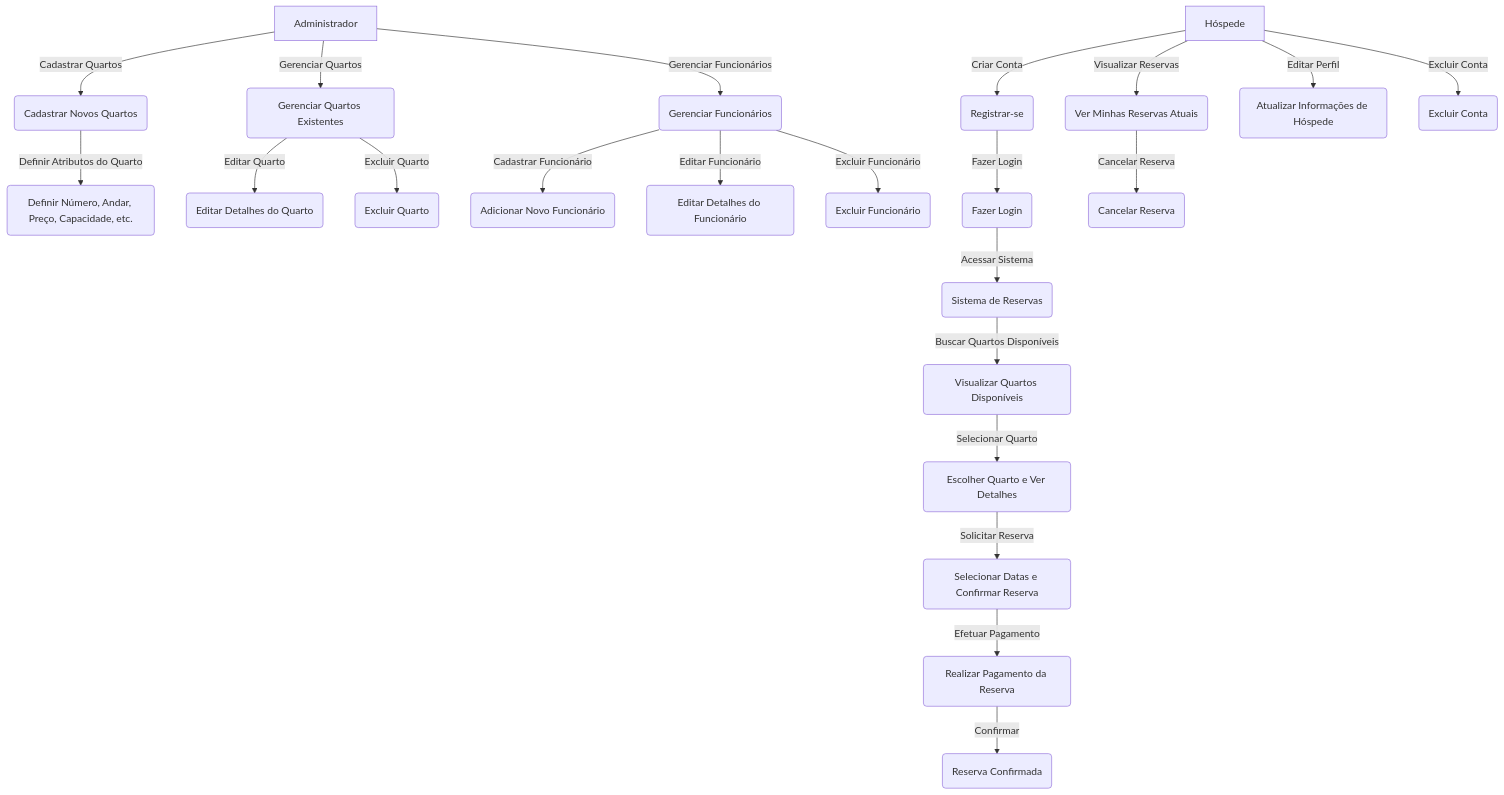
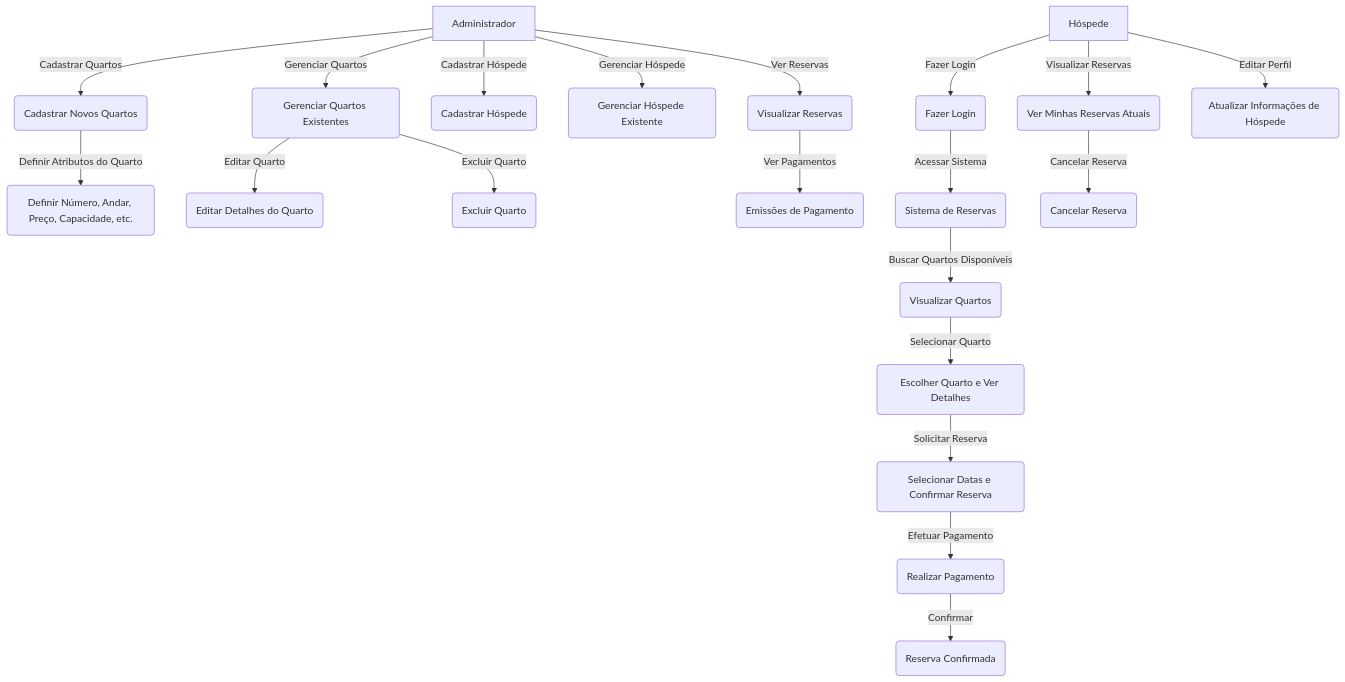
The second of 3 diagrams in README.md (epicestudar/Hostly-java-interface), drawn with Mermaid before and after one commit. The commit also changed other lines of this file, not shown here.

````diff
--- a/README.md
+++ b/README.md
@@ -150,32 +136,31 @@
 ```mermaid
 flowchart TD
-    H[Hóspede] -->|Criar Conta| A(Registrar-se)
-    A -->|Fazer Login| B(Fazer Login)
+    H[Hóspede] -->|Fazer Login| B(Fazer Login)
     B -->|Acessar Sistema| C(Sistema de Reservas)
-
-    C -->|Buscar Quartos Disponíveis| D(Visualizar Quartos Disponíveis)
+    
+    C -->|Buscar Quartos Disponíveis| D(Visualizar Quartos)
     D -->|Selecionar Quarto| E(Escolher Quarto e Ver Detalhes)
     E -->|Solicitar Reserva| F(Selecionar Datas e Confirmar Reserva)
-    
-    F -->|Efetuar Pagamento| G(Realizar Pagamento da Reserva)
+    F -->|Efetuar Pagamento| G(Realizar Pagamento)
     G -->|Confirmar| H2(Reserva Confirmada)
 
     A2[Administrador] -->|Cadastrar Quartos| J(Cadastrar Novos Quartos)
     J -->|Definir Atributos do Quarto| K(Definir Número, Andar, Preço, Capacidade, etc.)
     
     A2 -->|Gerenciar Quartos| L(Gerenciar Quartos Existentes)
     L -->|Editar Quarto| M(Editar Detalhes do Quarto)
     L -->|Excluir Quarto| N(Excluir Quarto)
-
-    A2 -->|Gerenciar Funcionários| S(Gerenciar Funcionários)
-    S -->|Cadastrar Funcionário| T(Adicionar Novo Funcionário)
-    S -->|Editar Funcionário| U(Editar Detalhes do Funcionário)
-    S -->|Excluir Funcionário| V(Excluir Funcionário)
-
+    
+    A2 -->|Cadastrar Hóspede| X(Cadastrar Hóspede)
+    A2 -->|Gerenciar Hóspede| Y(Gerenciar Hóspede Existente)
+    
+    A2 -->|Ver Reservas| Z(Visualizar Reservas)
+    Z -->|Ver Pagamentos| W(Emissões de Pagamento)
+    
     H -->|Visualizar Reservas| O(Ver Minhas Reservas Atuais)
     O -->|Cancelar Reserva| P(Cancelar Reserva)
     
     H -->|Editar Perfil| Q(Atualizar Informações de Hóspede)
-    H -->|Excluir Conta| R(Excluir Conta)
+
 
 ```
````
